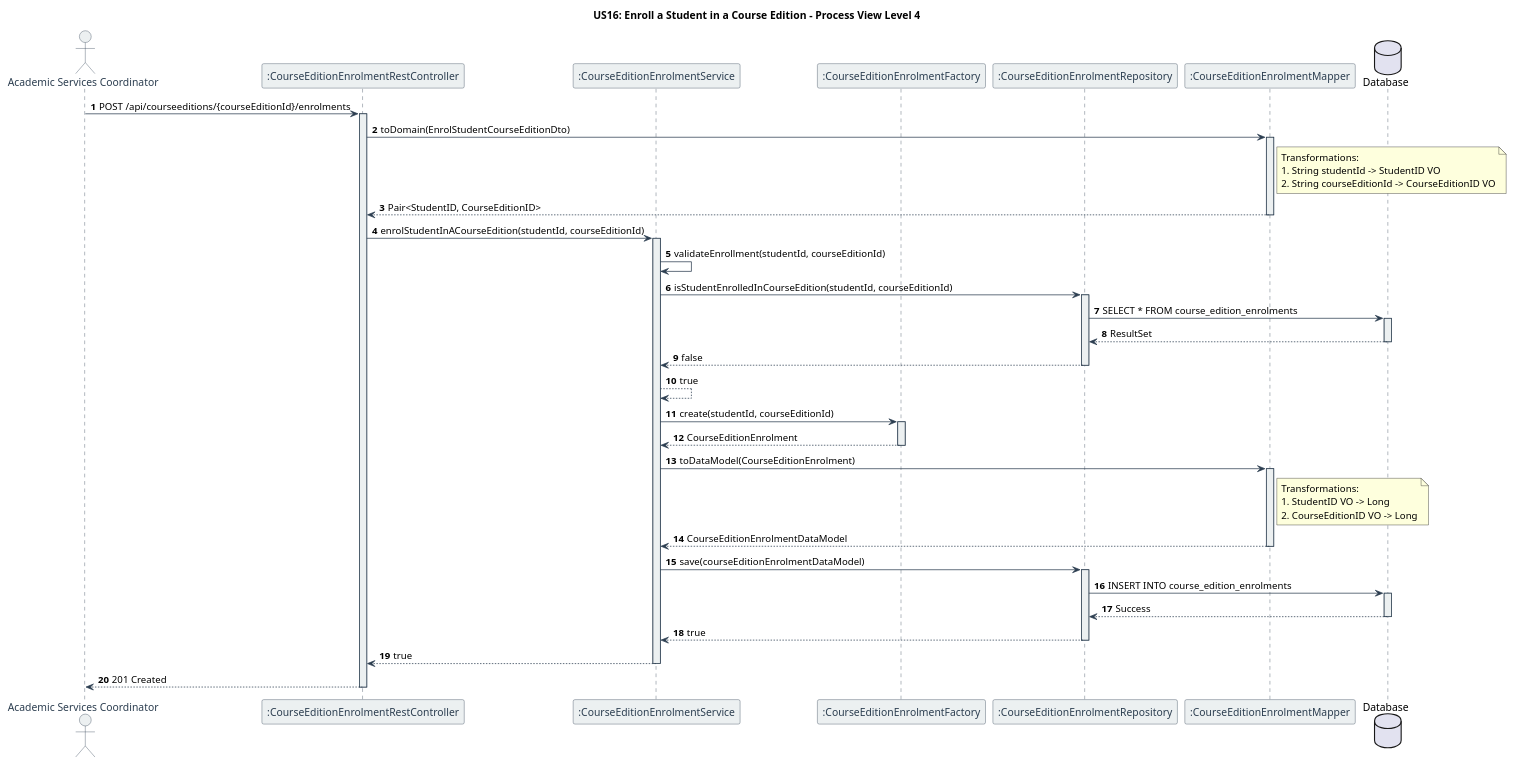
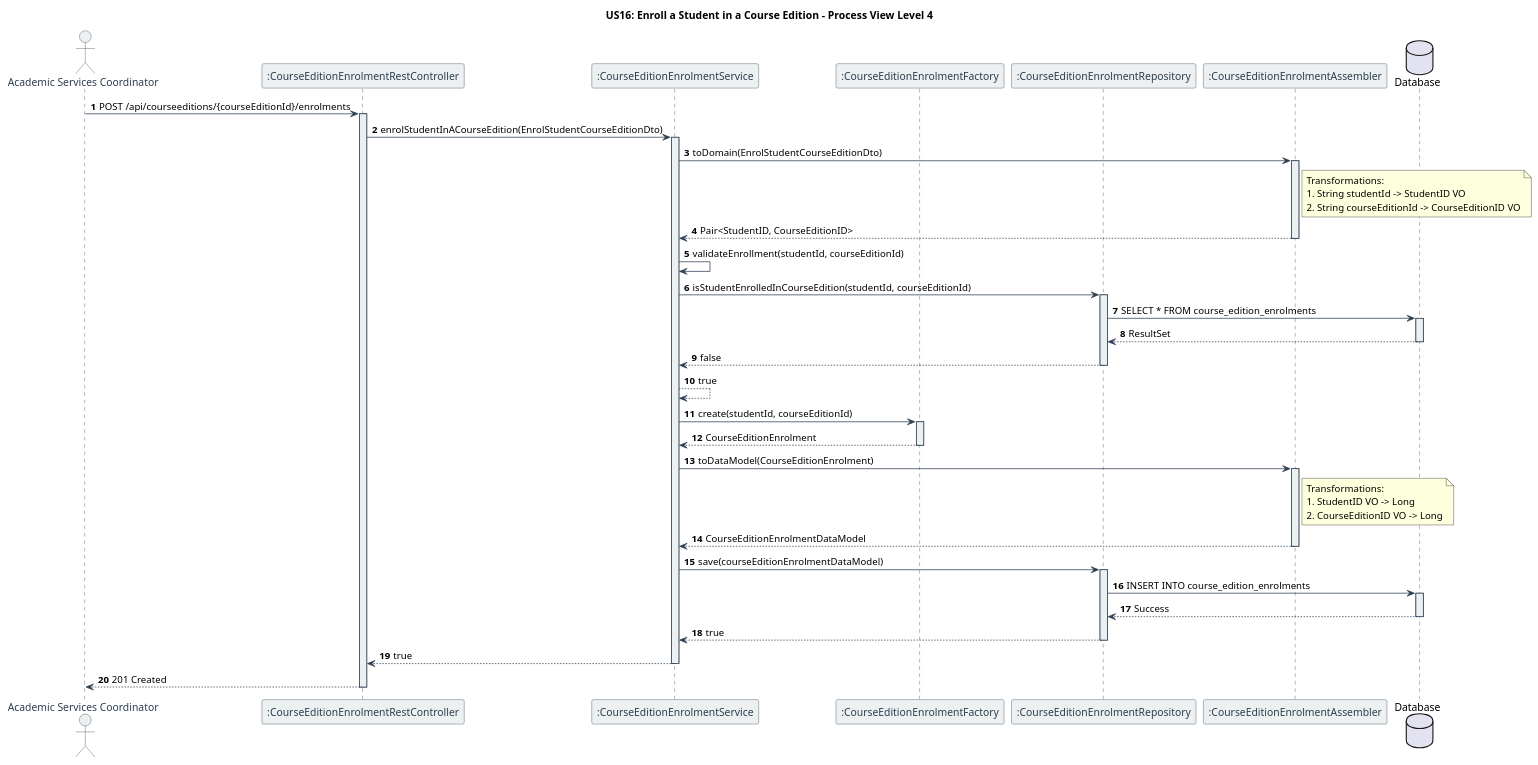
The diagram in docs/US16/sprint6_RestController/process_view/Level4.puml (GasparISEP/DevOps-PAI), drawn with PlantUML before and after one commit. The commit also changed 1 other file, not shown here.

Commit message:
docs: Updated process view diagrams for Course Edition Enrolment by replacing CourseEditionEnrolmentMapper with CourseEditionEnrolmentAssembler, enhancing clarity in the enrolment process and the connection with Service Layer instead of Controller layer. refs #500

```diff
--- a/docs/US16/sprint6_RestController/process_view/Level4.puml
+++ b/docs/US16/sprint6_RestController/process_view/Level4.puml
@@ -1,86 +1,86 @@
 @startuml
 title US16: Enroll a Student in a Course Edition - Process View Level 4
 autonumber
 
 ' Set colors for different types of lines
 skinparam sequence {
     ArrowColor #2C3E50
     LifeLineBorderColor #2C3E50
     LifeLineBackgroundColor #ECF0F1
     ParticipantBorderColor #2C3E50
     ParticipantBackgroundColor #ECF0F1
     ParticipantFontColor #2C3E50
     ActorBorderColor #2C3E50
     ActorBackgroundColor #ECF0F1
     ActorFontColor #2C3E50
     DatabaseBorderColor #2C3E50
     DatabaseBackgroundColor #ECF0F1
     DatabaseFontColor #2C3E50
 }
 
 actor "Academic Services Coordinator" as ASC
 participant ":CourseEditionEnrolmentRestController" as Controller
 participant ":CourseEditionEnrolmentService" as Service
 participant ":CourseEditionEnrolmentFactory" as Factory
 participant ":CourseEditionEnrolmentRepository" as Repository
-participant ":CourseEditionEnrolmentMapper" as Mapper
+participant ":CourseEditionEnrolmentAssembler" as Assembler
 database "Database" as DB
 
 ASC -> Controller: POST /api/courseeditions/{courseEditionId}/enrolments
 activate Controller
 
-Controller -> Mapper: toDomain(EnrolStudentCourseEditionDto)
-activate Mapper
-note right of Mapper
+Controller -> Service: enrolStudentInACourseEdition(EnrolStudentCourseEditionDto)
+activate Service
+
+Service -> Assembler: toDomain(EnrolStudentCourseEditionDto)
+activate Assembler
+note right of Assembler
   Transformations:
   1. String studentId -> StudentID VO
   2. String courseEditionId -> CourseEditionID VO
 end note
-Mapper --> Controller: Pair<StudentID, CourseEditionID>
-deactivate Mapper
-
-Controller -> Service: enrolStudentInACourseEdition(studentId, courseEditionId)
-activate Service
+Assembler --> Service: Pair<StudentID, CourseEditionID>
+deactivate Assembler
 
 Service -> Service: validateEnrollment(studentId, courseEditionId)
 Service -> Repository: isStudentEnrolledInCourseEdition(studentId, courseEditionId)
 activate Repository
 Repository -> DB: SELECT * FROM course_edition_enrolments
 activate DB
 DB --> Repository: ResultSet
 deactivate DB
 Repository --> Service: false
 deactivate Repository
 Service --> Service: true
 
 Service -> Factory: create(studentId, courseEditionId)
 activate Factory
 Factory --> Service: CourseEditionEnrolment
 deactivate Factory
 
-Service -> Mapper: toDataModel(CourseEditionEnrolment)
-activate Mapper
-note right of Mapper
+Service -> Assembler: toDataModel(CourseEditionEnrolment)
+activate Assembler
+note right of Assembler
   Transformations:
   1. StudentID VO -> Long
   2. CourseEditionID VO -> Long
 end note
-Mapper --> Service: CourseEditionEnrolmentDataModel
-deactivate Mapper
+Assembler --> Service: CourseEditionEnrolmentDataModel
+deactivate Assembler
 
 Service -> Repository: save(courseEditionEnrolmentDataModel)
 activate Repository
 Repository -> DB: INSERT INTO course_edition_enrolments
 activate DB
 DB --> Repository: Success
 deactivate DB
 Repository --> Service: true
 deactivate Repository
 
 Service --> Controller: true
 deactivate Service
 
 Controller --> ASC: 201 Created
 deactivate Controller
 
 @enduml 
```
